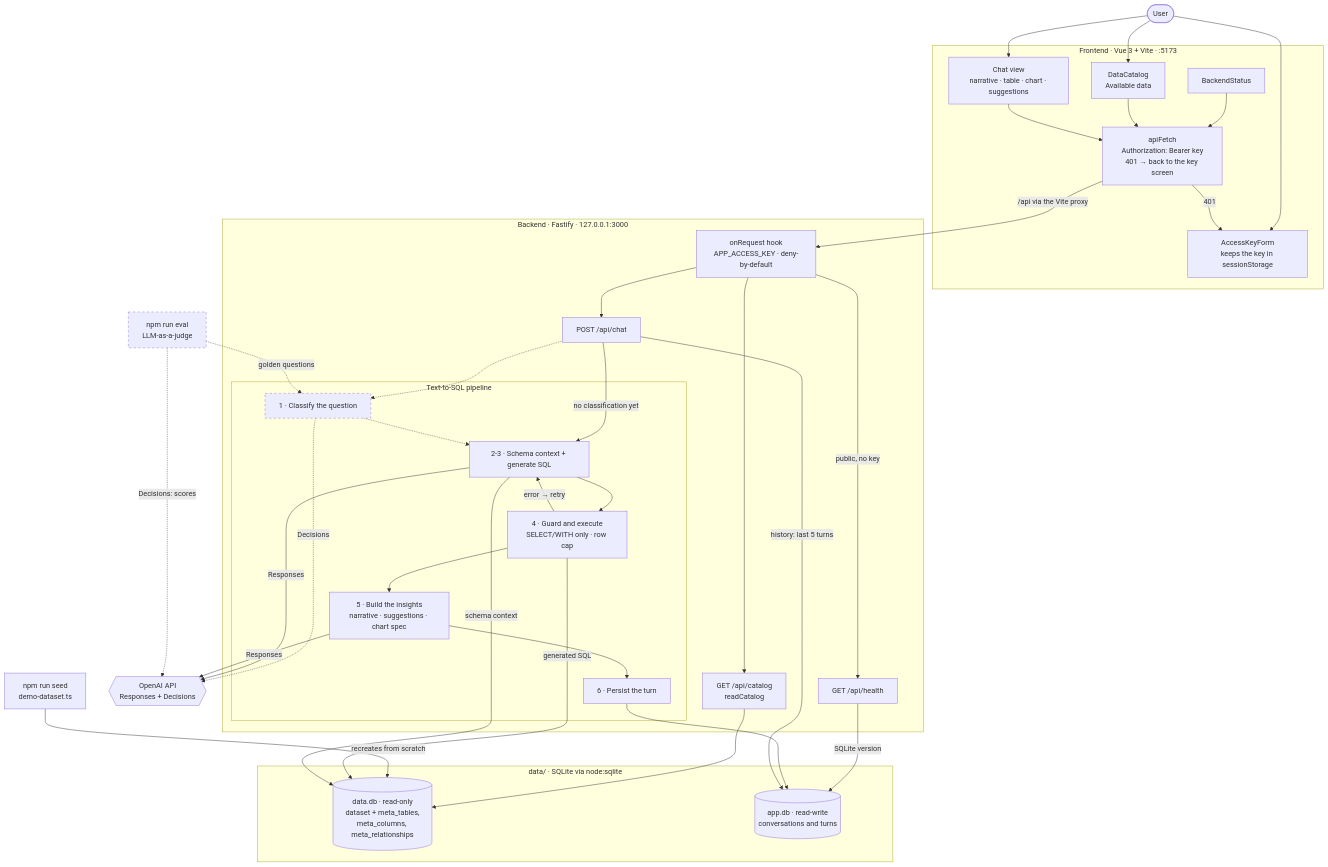
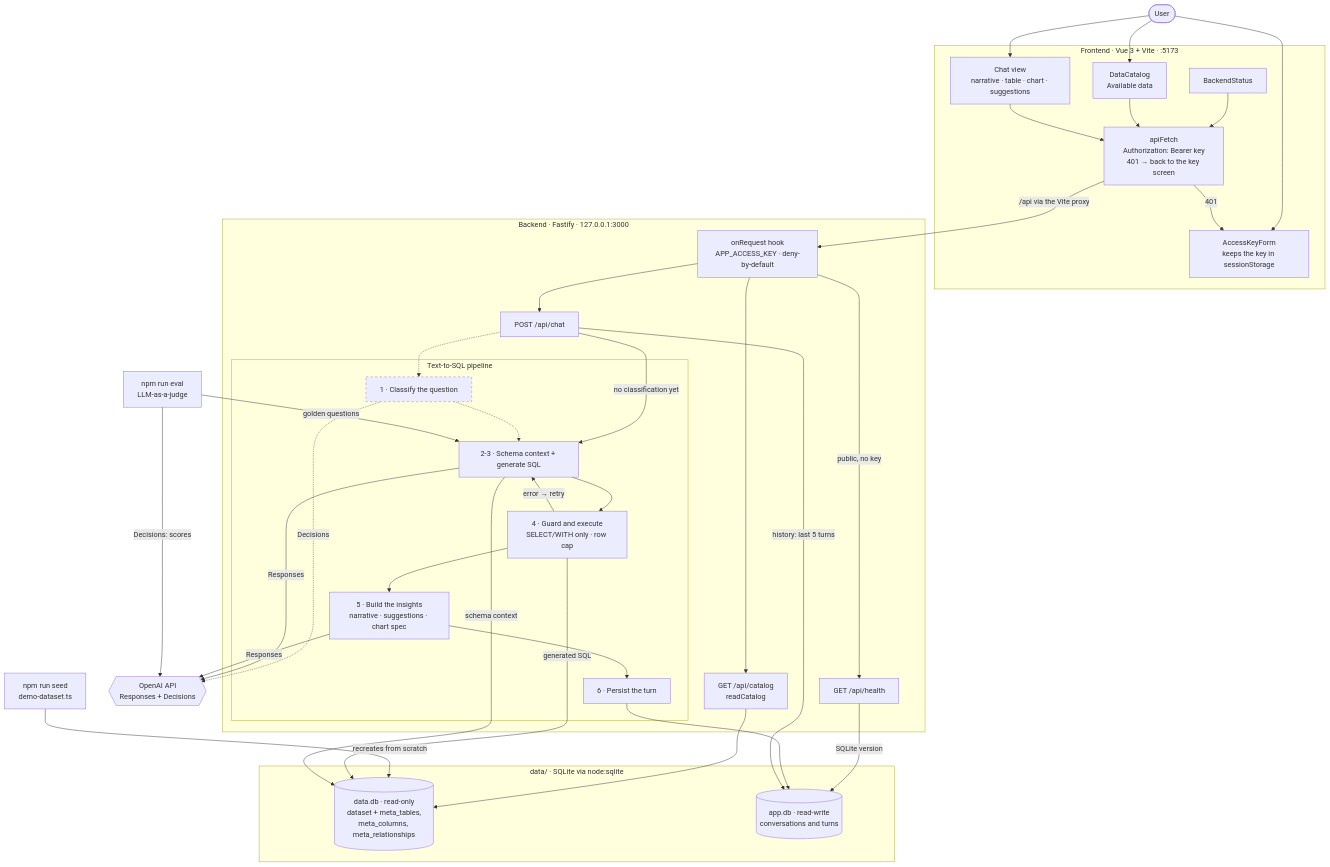
Before and after one commit to emiber/UTDT: the diagram in docs/ARCHITECTURE_DIAGRAM.md, drawn with Mermaid. The commit also changed 2 other files, not shown here.

Commit message:
docs: evaluación offline con LLM-as-a-judge
Refs #12

````diff
--- a/docs/ARCHITECTURE_DIAGRAM.md
+++ b/docs/ARCHITECTURE_DIAGRAM.md
@@ -8,67 +8,67 @@
 ```mermaid
 flowchart TB
   user(["User"])
 
   subgraph FE["Frontend · Vue 3 + Vite · :5173"]
     keyForm["AccessKeyForm<br/>keeps the key in sessionStorage"]
     backendStatus["BackendStatus"]
     dataCatalog["DataCatalog<br/>Available data"]
     chatUi["Chat view<br/>narrative · table · chart · suggestions"]
     apiFetch["apiFetch<br/>Authorization: Bearer key<br/>401 → back to the key screen"]
   end
 
   subgraph BE["Backend · Fastify · 127.0.0.1:3000"]
     authHook["onRequest hook<br/>APP_ACCESS_KEY · deny-by-default"]
     health["GET /api/health"]
     catalogRoute["GET /api/catalog<br/>readCatalog"]
     chatRoute["POST /api/chat"]
     subgraph PIPE["Text-to-SQL pipeline"]
       classify["1 · Classify the question"]
       genSql["2-3 · Schema context + generate SQL"]
       guard["4 · Guard and execute<br/>SELECT/WITH only · row cap"]
       insights["5 · Build the insights<br/>narrative · suggestions · chart spec"]
       persist["6 · Persist the turn"]
     end
   end
 
   subgraph DATA["data/ · SQLite via node:sqlite"]
     dataDb[("data.db · read-only<br/>dataset + meta_tables,<br/>meta_columns, meta_relationships")]
     appDb[("app.db · read-write<br/>conversations and turns")]
   end
 
   openai{{"OpenAI API<br/>Responses + Decisions"}}
   seed["npm run seed<br/>demo-dataset.ts"]
   evalCmd["npm run eval<br/>LLM-as-a-judge"]
 
   user --> keyForm
   user --> dataCatalog
   user --> chatUi
   backendStatus & dataCatalog --> apiFetch
   chatUi --> apiFetch
   apiFetch -->|"/api via the Vite proxy"| authHook
   apiFetch -->|"401"| keyForm
   authHook -->|"public, no key"| health
   authHook --> catalogRoute
   authHook --> chatRoute
   health -->|"SQLite version"| appDb
   catalogRoute --> dataDb
   seed -->|"recreates from scratch"| dataDb
 
   chatRoute -->|"no classification yet"| genSql
   chatRoute -.-> classify -.-> genSql
   genSql --> guard
   guard --> insights --> persist
   guard -->|"error → retry"| genSql
   guard -->|"generated SQL"| dataDb
   genSql -->|"schema context"| dataDb
   persist --> appDb
   chatRoute -->|"history: last 5 turns"| appDb
   classify -.->|"Decisions"| openai
   genSql -->|"Responses"| openai
   insights -->|"Responses"| openai
-  evalCmd -.->|"golden questions"| classify
-  evalCmd -.->|"Decisions: scores"| openai
+  evalCmd -->|"golden questions"| genSql
+  evalCmd -->|"Decisions: scores"| openai
 
   classDef planned stroke-dasharray: 5 5
-  class classify,evalCmd planned
+  class classify planned
 ```
````
